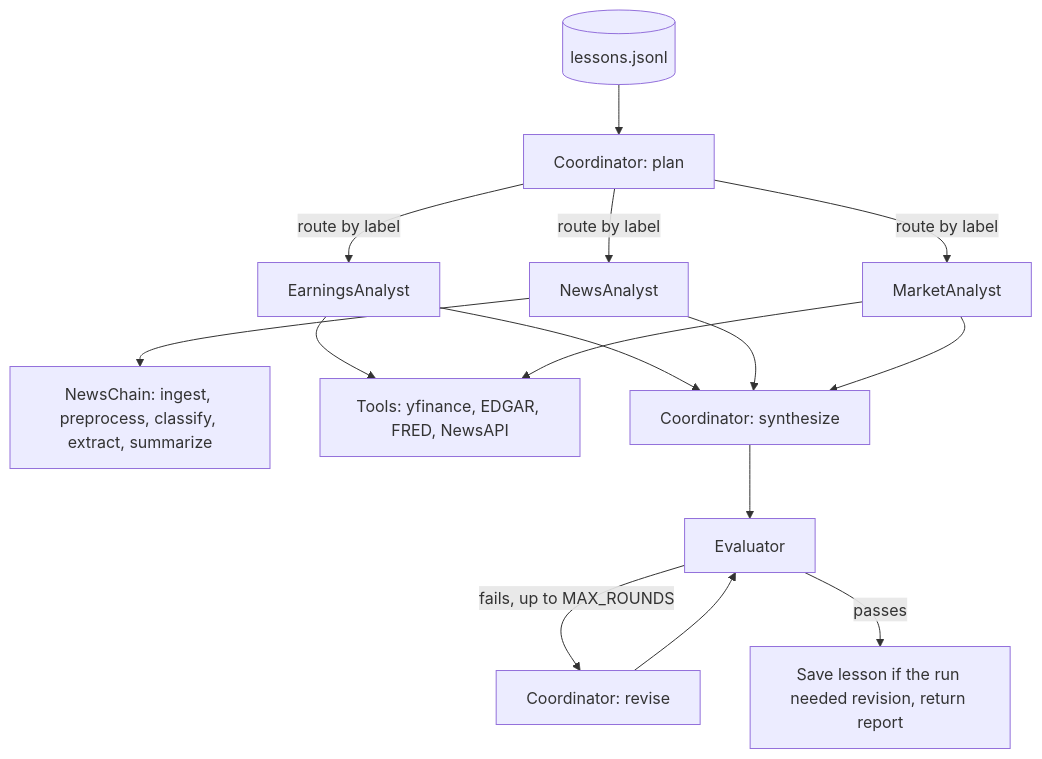
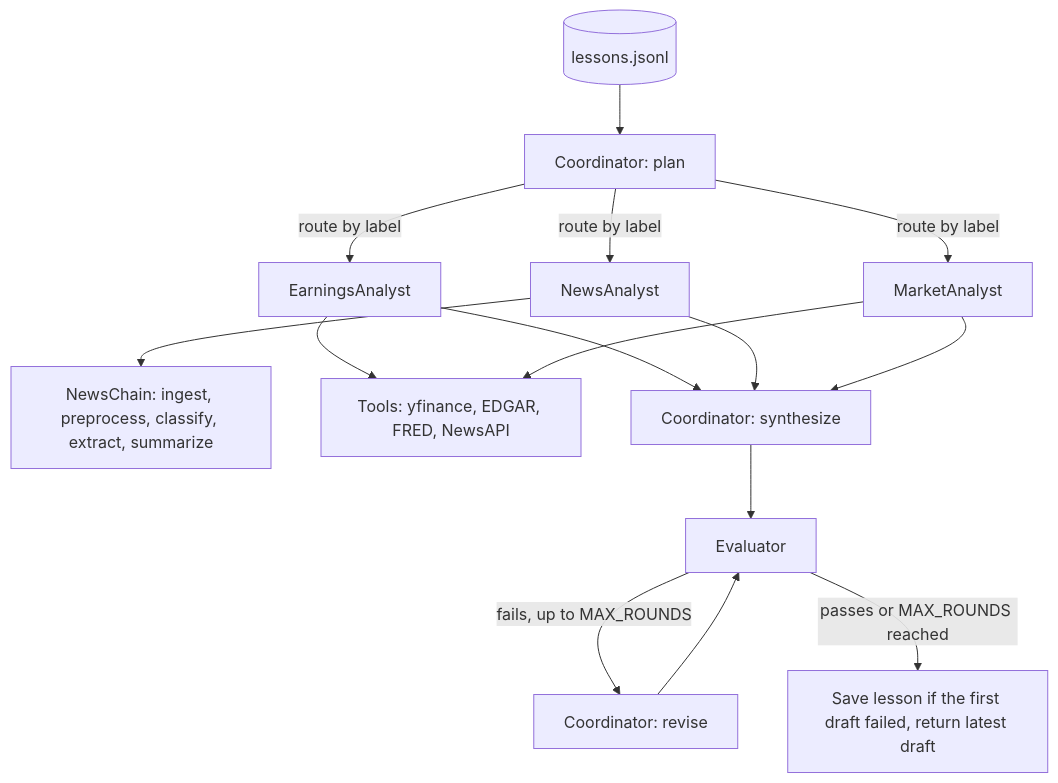
Before and after one commit to seanmcgowanx/multi-agent-financial-analyst: the diagram in README.md, drawn with Mermaid. The commit also changed other lines of this file, not shown here.

Commit message:
update README diagram to match the evaluator loop's exit and lesson rule

````diff
--- a/README.md
+++ b/README.md
@@ -12,14 +12,14 @@
 ```mermaid
 flowchart TD
     M[(lessons.jsonl)] --> C[Coordinator: plan]
     C -- route by label --> E[EarningsAnalyst]
     C -- route by label --> N[NewsAnalyst]
     C -- route by label --> K[MarketAnalyst]
     N --> NC[NewsChain: ingest, preprocess, classify, extract, summarize]
     E --> T[Tools: yfinance, EDGAR, FRED, NewsAPI]
     K --> T
     E & N & K --> S[Coordinator: synthesize]
     S --> V[Evaluator]
     V -- fails, up to MAX_ROUNDS --> R[Coordinator: revise] --> V
-    V -- passes --> L[Save lesson if the run needed revision, return report]
+    V -- passes or MAX_ROUNDS reached --> L[Save lesson if the first draft failed, return latest draft]
 ```
````
